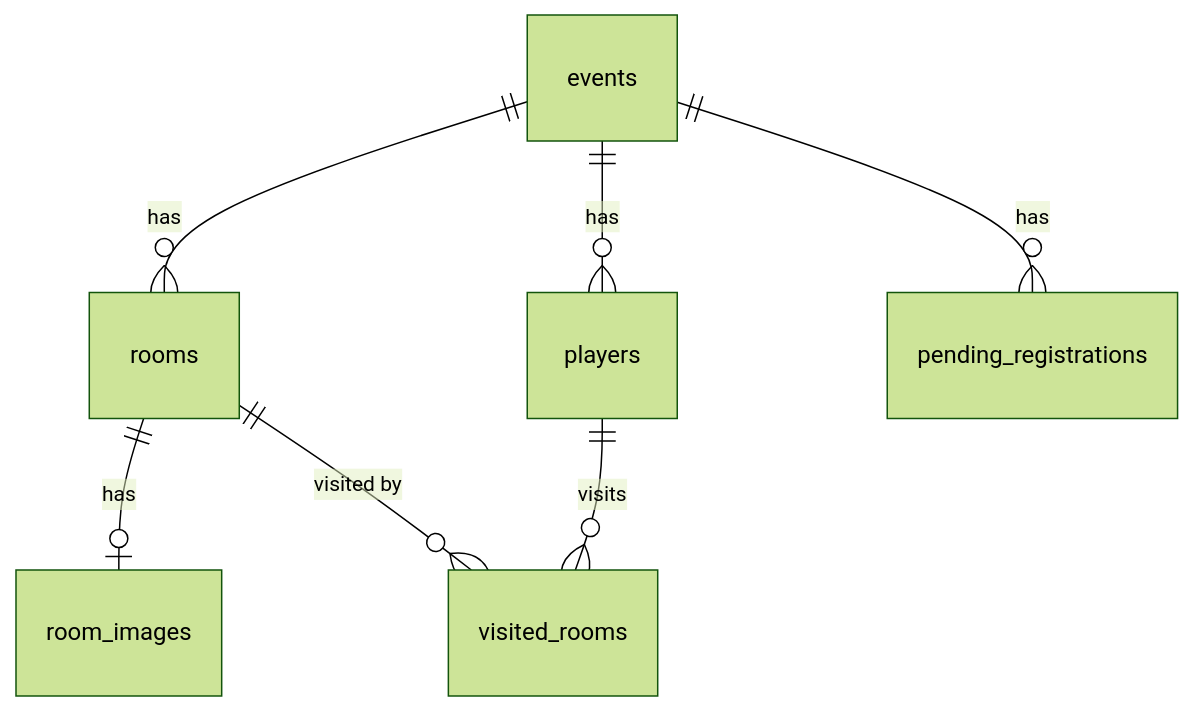
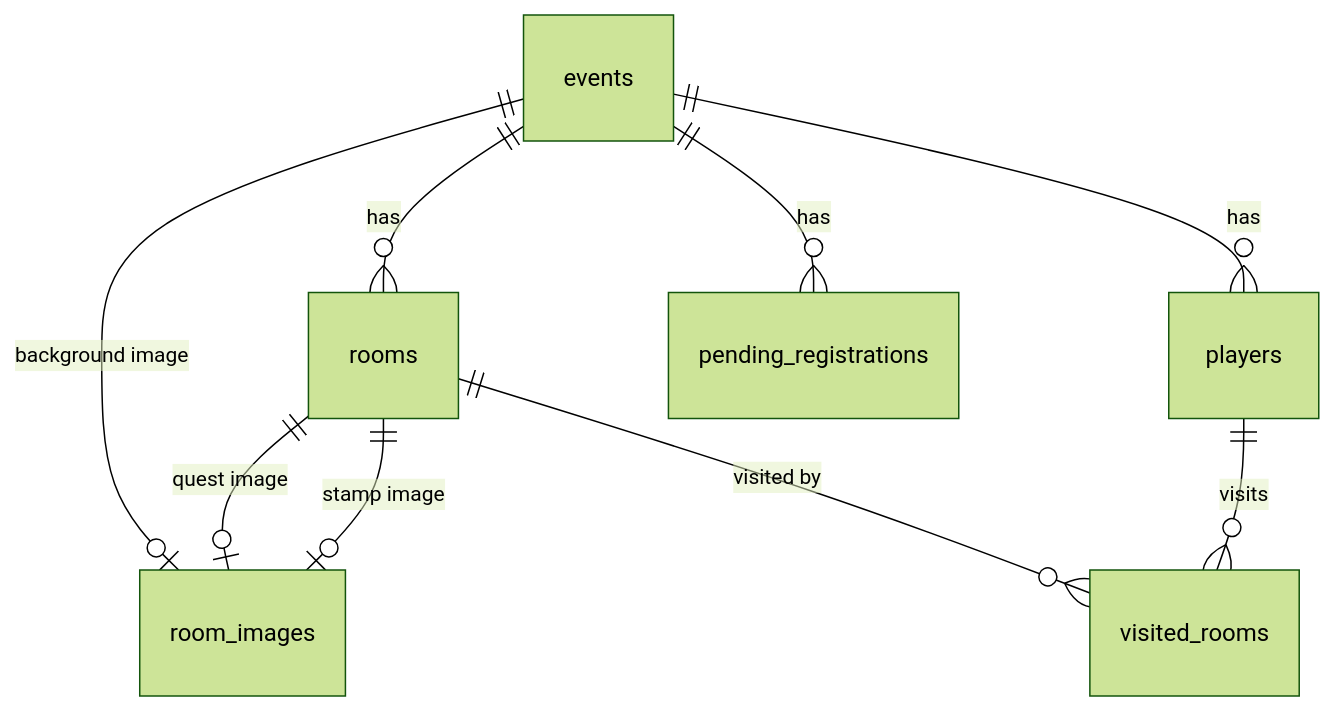
The diagram in docs/database.md (gantaro-max/stamp-rally), drawn with Mermaid (forest theme) before and after one commit. The commit also changed other lines of this file and 4 other files, not shown here.

````diff
--- a/docs/database.md
+++ b/docs/database.md
@@ -123,9 +123,11 @@
 ```mermaid
 erDiagram
     events ||--o{ rooms : "has"
     events ||--o{ players : "has"
     events ||--o{ pending_registrations : "has"
-    rooms ||--o| room_images : "has"
+    events ||--o| room_images : "background image"
+    rooms ||--o| room_images : "quest image"
+    rooms ||--o| room_images : "stamp image"
     rooms ||--o{ visited_rooms : "visited by"
     players ||--o{ visited_rooms : "visits"
 ```
````
